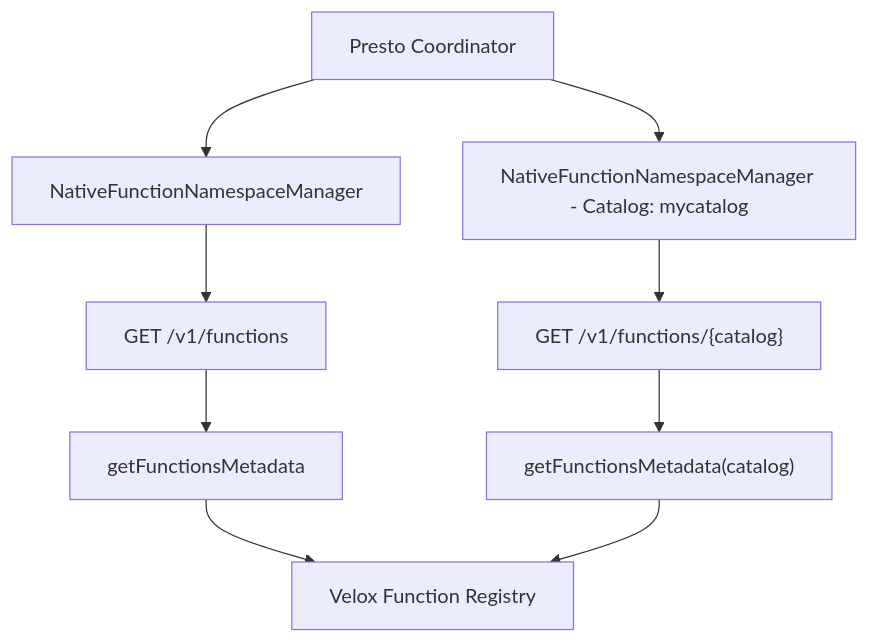
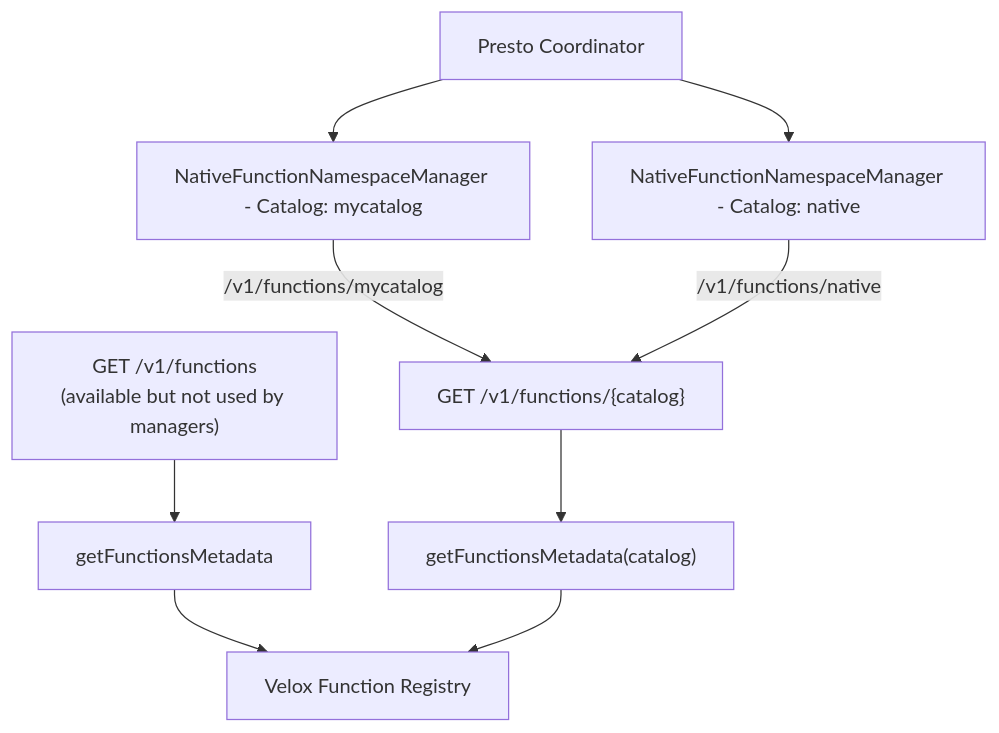
Before and after one commit to Joe-Abraham/presto: the diagram in presto-native-execution/presto_cpp/docs/RFC-Catalog-Filtered-Functions.md, drawn with Mermaid. The commit also changed other lines of this file, not shown here.

First line of the commit message:
Clarify that all namespace managers use catalog-filtered endpoint

````diff
--- a/presto-native-execution/presto_cpp/docs/RFC-Catalog-Filtered-Functions.md
+++ b/presto-native-execution/presto_cpp/docs/RFC-Catalog-Filtered-Functions.md
@@ -16,20 +16,20 @@
 ```mermaid
 graph TD
     Coordinator[Presto Coordinator]
     NamespaceManager1[NativeFunctionNamespaceManager - Catalog: mycatalog]
-    NamespaceManager2[NativeFunctionNamespaceManager]
-    EndpointAll["GET /v1/functions"]
+    NamespaceManager2[NativeFunctionNamespaceManager - Catalog: native]
+    EndpointAll["GET /v1/functions<br/>(available but not used by managers)"]
     EndpointCatalog["GET /v1/functions/{catalog}"]
     FilterAll[getFunctionsMetadata]
     FilterCatalog["getFunctionsMetadata(catalog)"]
     Registry[Velox Function Registry]
 
     Coordinator --> NamespaceManager1
     Coordinator --> NamespaceManager2
-    NamespaceManager1 --> EndpointCatalog
-    NamespaceManager2 --> EndpointAll
+    NamespaceManager1 -->|"/v1/functions/mycatalog"| EndpointCatalog
+    NamespaceManager2 -->|"/v1/functions/native"| EndpointCatalog
     EndpointAll --> FilterAll
     EndpointCatalog --> FilterCatalog
     FilterAll --> Registry
     FilterCatalog --> Registry
 ```
````
